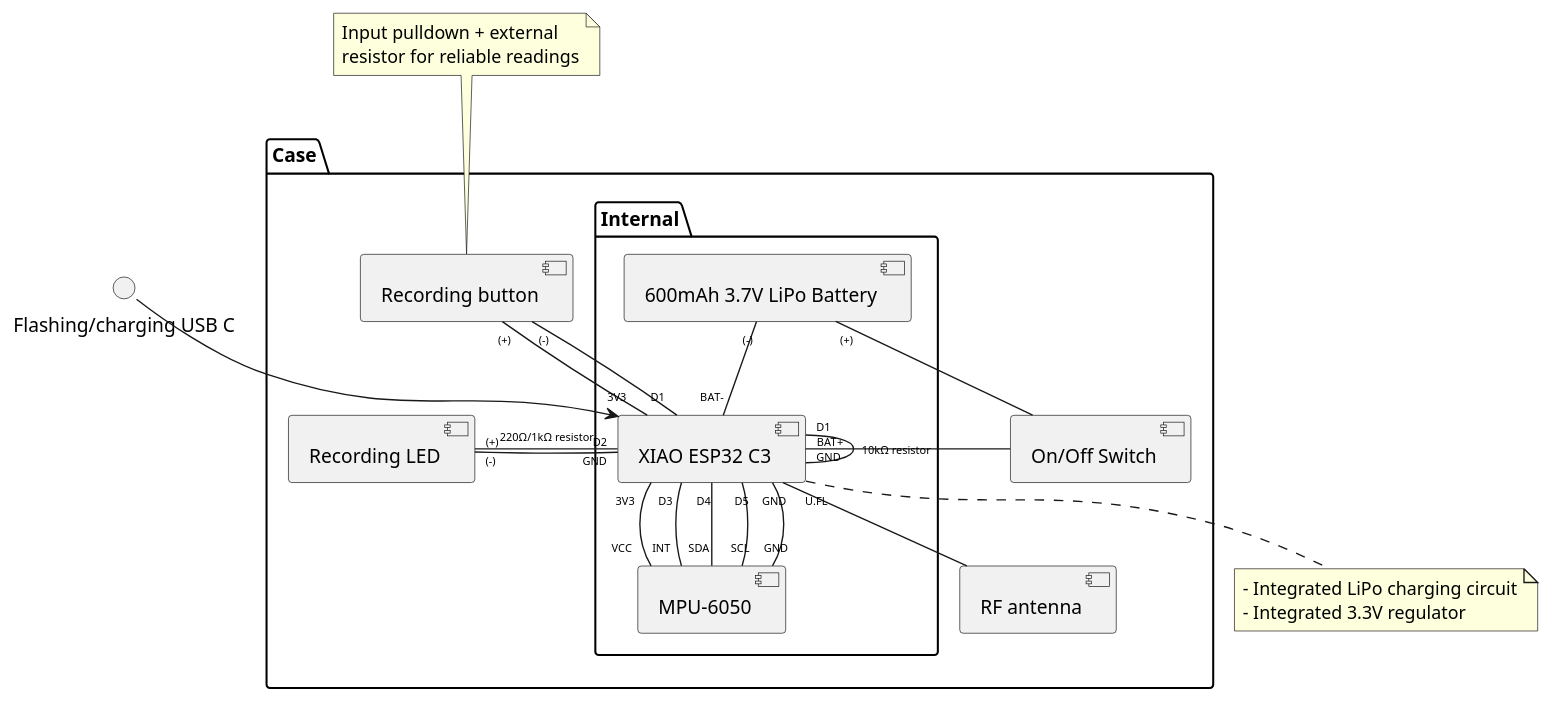
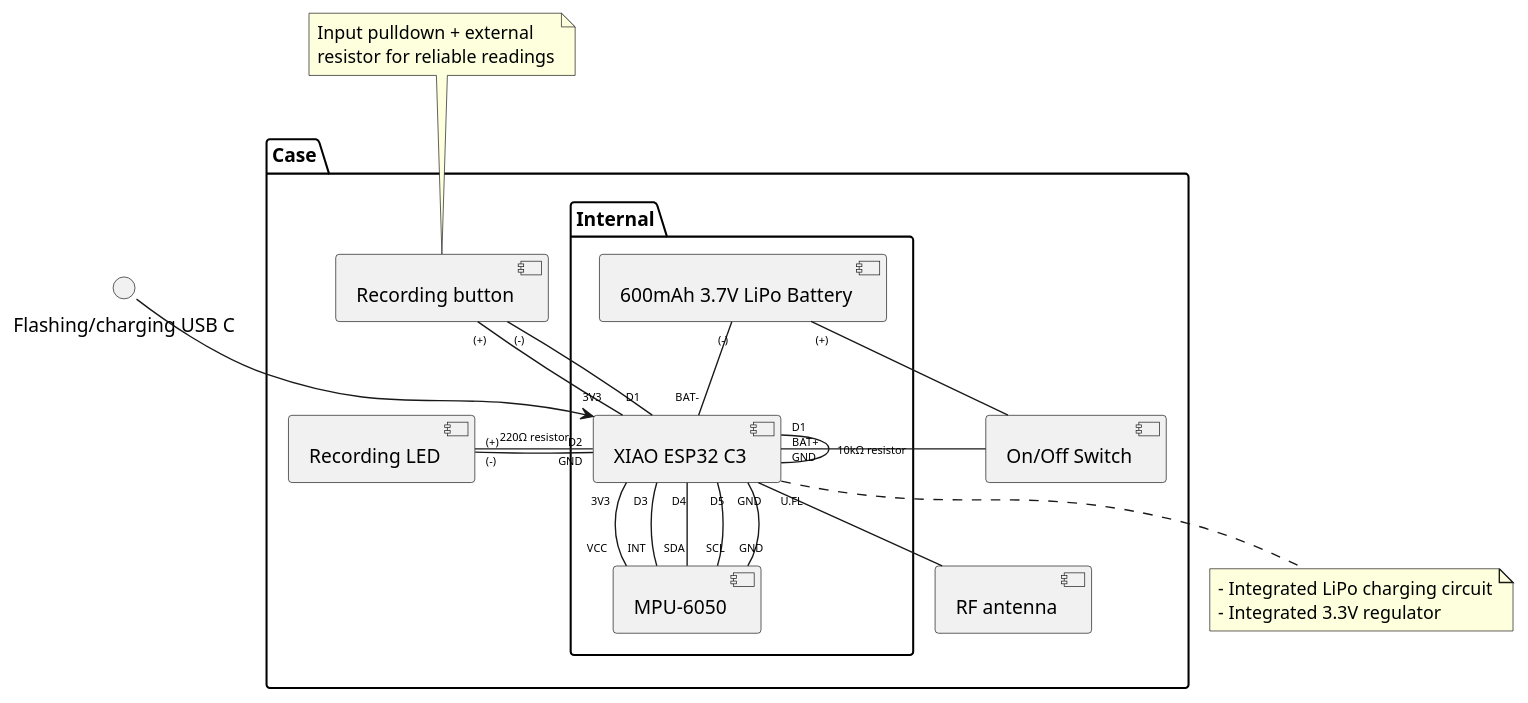
Before and after one commit to FedericoPacheco/gym-imu: the diagram in docs/wiring/xiao-esp32-c3/schematic.puml, drawn with PlantUML.

Commit message:
doc(schematic): decrease resistance for led (light was weak)

```diff
--- a/docs/wiring/xiao-esp32-c3/schematic.puml
+++ b/docs/wiring/xiao-esp32-c3/schematic.puml
@@ -3,53 +3,53 @@
 @startuml New Schematic
 ' Smaller arrow labels to reduce collisions
 skinparam ArrowFontSize 8 
 
 package "Case" {
     package "Internal" {
         component [600mAh 3.7V LiPo Battery] as battery
         component [XIAO ESP32 C3] as microcontroller
         component [MPU-6050] as sensor
     }
     ' package "Surface" {
         component [On/Off Switch] as switch 
         component [RF antenna] as antenna
         component [Recording button] as button
         component [Recording LED] as led
     ' }
 }
 
 ' Power
 battery "(+)" -- switch
 switch -- "BAT+" microcontroller
 battery "(-)" -- "BAT-" microcontroller
 
 note bottom of microcontroller
   - Integrated LiPo charging circuit
   - Integrated 3.3V regulator
 end note
 
 ' Microcontroller + IMU
 microcontroller "3V3" -- "VCC" sensor
 microcontroller "D3" -- "INT" sensor
 microcontroller "D4" -- "SDA" sensor
 microcontroller "D5" -- "SCL" sensor
 microcontroller "GND" -- "GND" sensor
 "Flashing/charging USB C" --> microcontroller
 
 ' Movement recording
 button "(+)"-right- "3V3" microcontroller
 button "(-)" -right- "D1" microcontroller
 microcontroller "D1" -- "GND" microcontroller: 10kΩ resistor
-led "(+)" -right- "D2" microcontroller: 220Ω/1kΩ resistor
+led "(+)" -right- "D2" microcontroller: 220Ω resistor
 led "(-)" -right- "GND" microcontroller
 
 note top of button
     Input pulldown + external 
     resistor for reliable readings
 end note
 button -[hidden]- led
 
 ' BLE 
 microcontroller "U.FL" -- antenna
 
 @enduml
```
